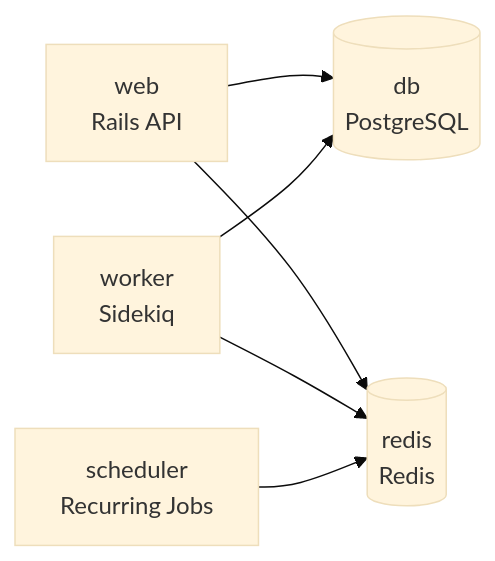
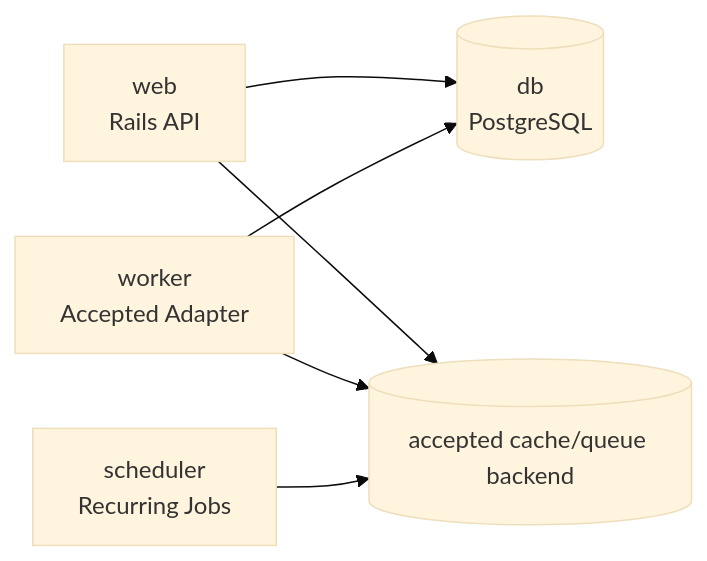
The sixth of 6 diagrams in docs/JUNIOR_DEVELOPER_GUIDE.md (JoelBright/crypto-price-api), drawn with Mermaid (base theme) before and after one commit. The commit also changed other lines of this file and 6 other files, not shown here.

````diff
--- a/docs/JUNIOR_DEVELOPER_GUIDE.md
+++ b/docs/JUNIOR_DEVELOPER_GUIDE.md
@@ -877,14 +866,14 @@
 ```mermaid
 flowchart LR
     Web[web<br/>Rails API]
-    Worker[worker<br/>Sidekiq]
+    Worker[worker<br/>Accepted Adapter]
     Scheduler[scheduler<br/>Recurring Jobs]
     Database[(db<br/>PostgreSQL)]
-    Redis[(redis<br/>Redis)]
+    CacheQueue[(accepted cache/queue backend)]
 
     Web --> Database
-    Web --> Redis
+    Web --> CacheQueue
     Worker --> Database
-    Worker --> Redis
-    Scheduler --> Redis
+    Worker --> CacheQueue
+    Scheduler --> CacheQueue
 ```
````
